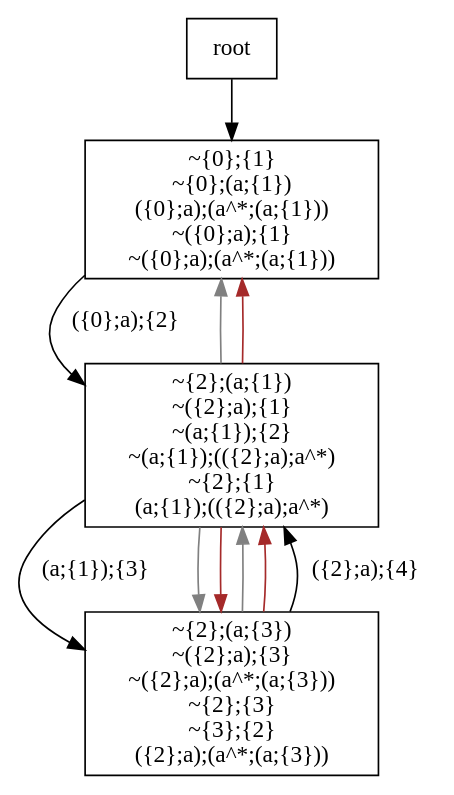
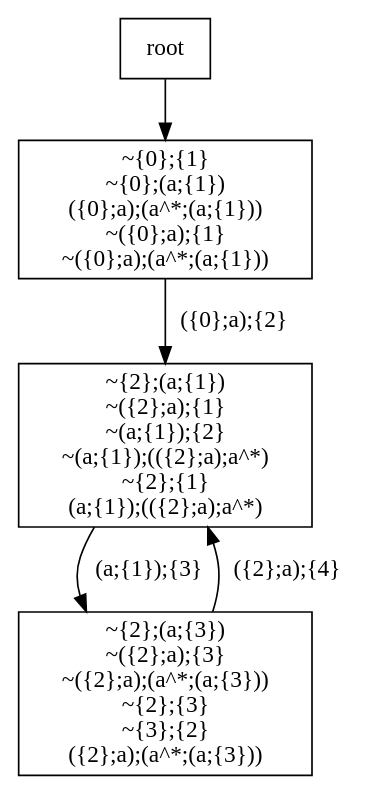
One commit to jangreen/rat changed the diagram in output/r.dot. Above: the diagram before and after it, drawn with Graphviz. The commit also changed 3 other files, not shown here.

```diff
--- a/output/r.dot
+++ b/output/r.dot
@@ -1,36 +1,30 @@
 digraph {
 node[shape="box"]
-N0x14ce299c0[label="~{0};{1}
+N0x13be299c0[label="~{0};{1}
 ~{0};(a;{1})
 ({0};a);(a^*;(a;{1}))
 ~({0};a);{1}
 ~({0};a);(a^*;(a;{1}))
 "];
-N0x14ce299c0 -> N0x14cf057c0[label="({0};a);{2}
+N0x13be299c0 -> N0x13bf13450[label="({0};a);{2}
 "];
-N0x14cf057c0[label="~{2};(a;{1})
+N0x13bf13450[label="~{2};(a;{1})
 ~({2};a);{1}
 ~(a;{1});{2}
 ~(a;{1});(({2};a);a^*)
 ~{2};{1}
 (a;{1});(({2};a);a^*)
 "];
-N0x14cf057c0 -> N0x14ce32c90[label="(a;{1});{3}
+N0x13bf13450 -> N0x13be2add0[label="(a;{1});{3}
 "];
-N0x14cf057c0 -> N0x14ce299c0[color="grey"];
-N0x14cf057c0 -> N0x14ce32c90[color="grey"];
-N0x14cf057c0 -> N0x14ce299c0[color="brown"];
-N0x14cf057c0 -> N0x14ce32c90[color="brown"];
-N0x14ce32c90[label="~{2};(a;{3})
+N0x13be2add0[label="~{2};(a;{3})
 ~({2};a);{3}
 ~({2};a);(a^*;(a;{3}))
 ~{2};{3}
 ~{3};{2}
 ({2};a);(a^*;(a;{3}))
 "];
-N0x14ce32c90 -> N0x14cf057c0[label="({2};a);{4}
+N0x13be2add0 -> N0x13bf13450[label="({2};a);{4}
 "];
-N0x14ce32c90 -> N0x14cf057c0[color="grey"];
-N0x14ce32c90 -> N0x14cf057c0[color="brown"];
-root -> N0x14ce299c0;
+root -> N0x13be299c0;
 }
```
